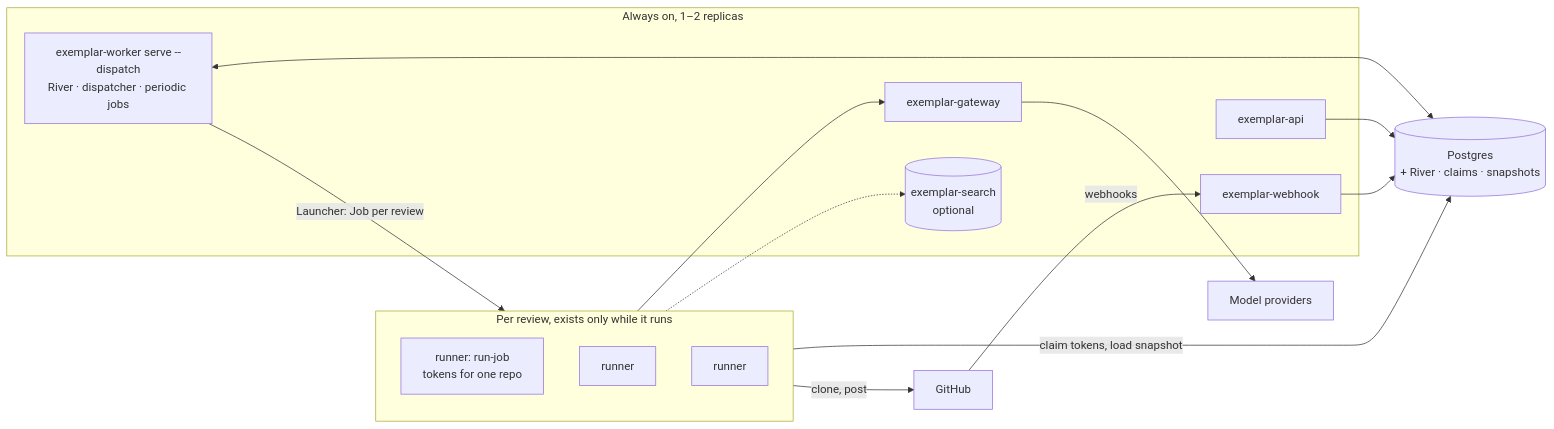
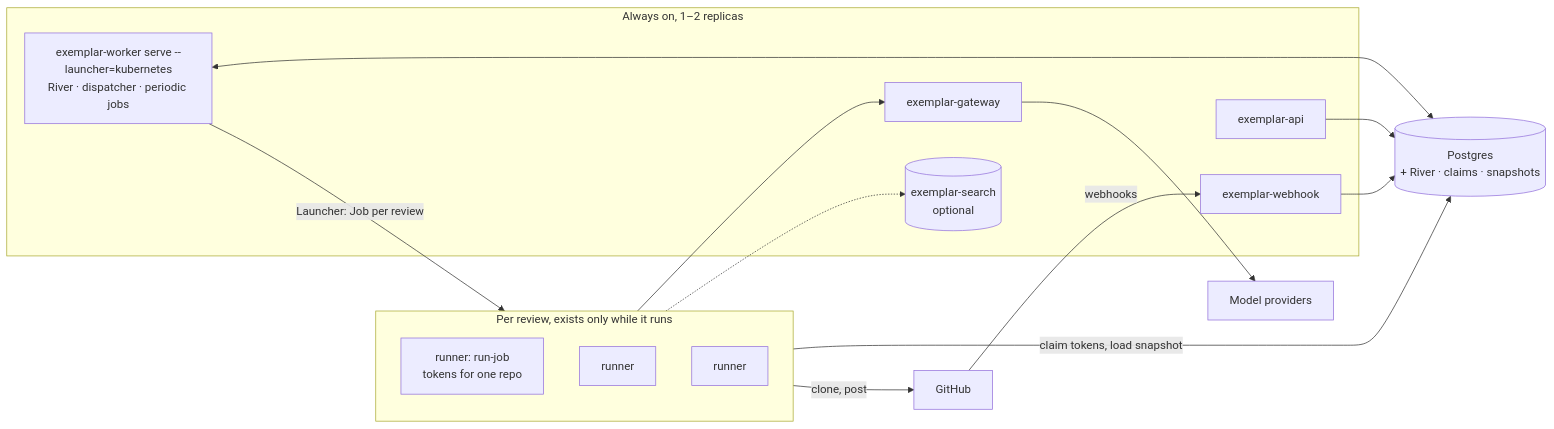
Before and after one commit to koblas/exemplar: the sixth of 10 diagrams in docs/spec/technical-spec.md, drawn with Mermaid. The commit also changed other lines of this file and 40 other files, not shown here.

First line of the commit message:
feat(worker): run reviews as Kubernetes Jobs with stored config snapshots

````diff
--- a/docs/spec/technical-spec.md
+++ b/docs/spec/technical-spec.md
@@ -249,27 +249,27 @@
 ```mermaid
 flowchart LR
   subgraph ON["Always on, 1–2 replicas"]
     WH["exemplar-webhook"]
     API["exemplar-api"]
-    CTL["exemplar-worker serve --dispatch<br/>River · dispatcher · periodic jobs"]
+    CTL["exemplar-worker serve --launcher=kubernetes<br/>River · dispatcher · periodic jobs"]
     GW["exemplar-gateway"]
     SE[("exemplar-search<br/>optional")]
   end
   subgraph RUN["Per review, exists only while it runs"]
     R1["runner: run-job<br/>tokens for one repo"]
     R2["runner"]
     R3["runner"]
   end
   PG[("Postgres<br/>+ River · claims · snapshots")]
   GH["GitHub"]
   MP["Model providers"]
 
   GH -- webhooks --> WH --> PG
   API --> PG
   CTL <--> PG
   CTL -- "Launcher: Job per review" --> RUN
   RUN -- "claim tokens, load snapshot" --> PG
   RUN -- "clone, post" --> GH
   RUN --> GW --> MP
   RUN -.-> SE
 ```
````
